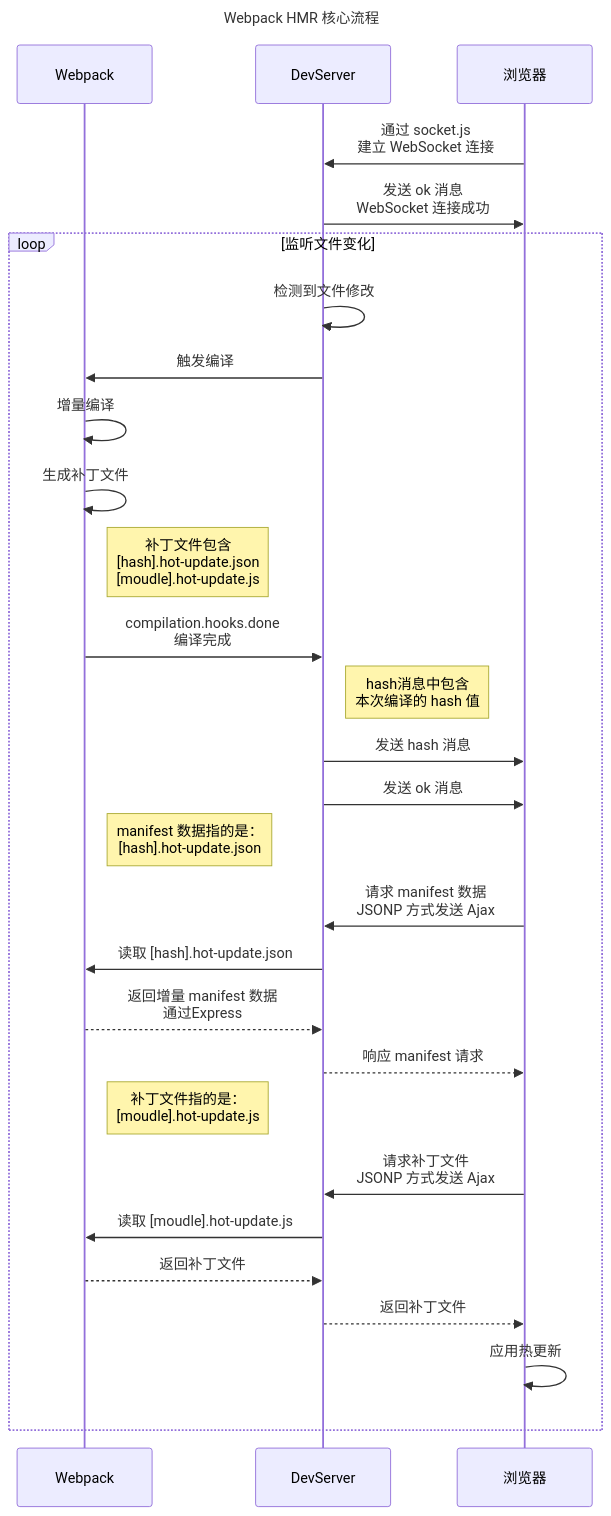
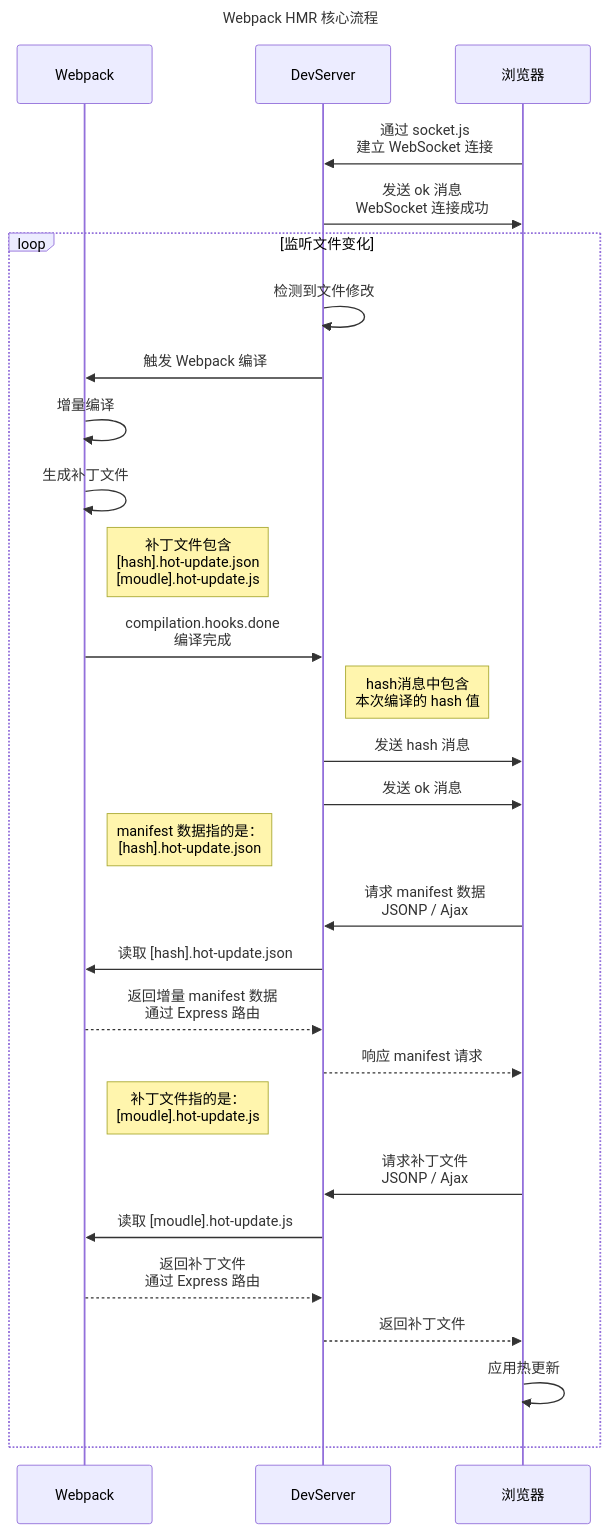
The first of 2 diagrams in docs/notes/Webpack/4.核心原理/2.HMR 流程.md (ykshang/MyBlog), drawn with Mermaid before and after one commit. The commit also changed other lines of this file and 1 other file, not shown here.

````diff
--- a/docs/notes/Webpack/4.核心原理/2.HMR 流程.md
+++ b/docs/notes/Webpack/4.核心原理/2.HMR 流程.md
@@ -25,32 +25,32 @@
 ```mermaid
 sequenceDiagram
     title: Webpack HMR 核心流程
     participant Webpack
     participant DevServer
     participant 浏览器
 
     浏览器->>DevServer: 通过 socket.js <br> 建立 WebSocket 连接
     DevServer->>浏览器: 发送 ok 消息 <br> WebSocket 连接成功
     loop 监听文件变化
         DevServer->>DevServer: 检测到文件修改
-        DevServer->>Webpack: 触发编译
+        DevServer->>Webpack: 触发 Webpack 编译
         Webpack->>Webpack: 增量编译
         Webpack->>Webpack: 生成补丁文件
         Note right of Webpack: 补丁文件包含<br/>[hash].hot-update.json<br/>[moudle].hot-update.js
         Webpack->>DevServer: compilation.hooks.done <br/> 编译完成
         Note right of DevServer: hash消息中包含<br>本次编译的 hash 值
         DevServer->>浏览器: 发送 hash 消息
         DevServer->>浏览器: 发送 ok 消息
         Note right of Webpack: manifest 数据指的是：<br/>[hash].hot-update.json
-        浏览器->>DevServer: 请求 manifest 数据 <br/> JSONP 方式发送 Ajax
+        浏览器->>DevServer: 请求 manifest 数据 <br/> JSONP / Ajax
         DevServer->>Webpack: 读取 [hash].hot-update.json
-        Webpack-->>DevServer: 返回增量 manifest 数据 <br/> 通过Express
+        Webpack-->>DevServer: 返回增量 manifest 数据 <br/> 通过 Express 路由
         DevServer-->>浏览器: 响应 manifest 请求
         Note right of Webpack: 补丁文件指的是：<br/>[moudle].hot-update.js
-        浏览器 ->> DevServer: 请求补丁文件 <br/>  JSONP 方式发送 Ajax
+        浏览器 ->> DevServer: 请求补丁文件 <br/>  JSONP / Ajax
         DevServer->>Webpack: 读取 [moudle].hot-update.js
-        Webpack-->>DevServer: 返回补丁文件
+        Webpack-->>DevServer: 返回补丁文件 <br/> 通过 Express 路由
         DevServer-->> 浏览器: 返回补丁文件
         浏览器->>浏览器: 应用热更新
     end
 ```
````
